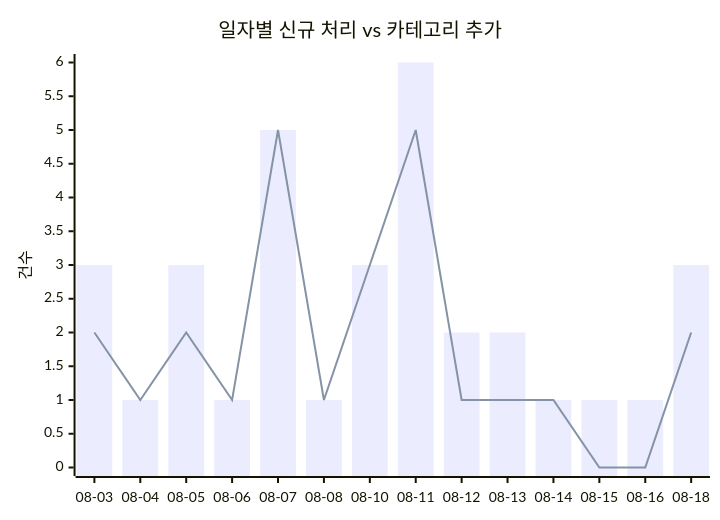
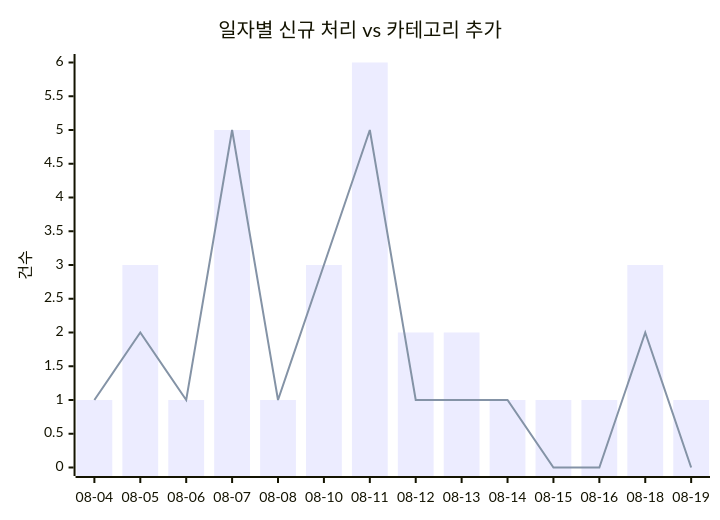
The first of 2 diagrams in docs/trends.md (J-nowcow/awesome-korean-agent-skills), drawn with Mermaid before and after one commit. The commit also changed other lines of this file and 2 other files, not shown here.

````diff
--- a/docs/trends.md
+++ b/docs/trends.md
@@ -32,8 +32,8 @@
 ```mermaid
 xychart-beta
     title "일자별 신규 처리 vs 카테고리 추가"
-    x-axis ["08-03","08-04","08-05","08-06","08-07","08-08","08-10","08-11","08-12","08-13","08-14","08-15","08-16","08-18"]
+    x-axis ["08-04","08-05","08-06","08-07","08-08","08-10","08-11","08-12","08-13","08-14","08-15","08-16","08-18","08-19"]
     y-axis "건수"
-    bar [3,1,3,1,5,1,3,6,2,2,1,1,1,3]
-    line [2,1,2,1,5,1,3,5,1,1,1,0,0,2]
+    bar [1,3,1,5,1,3,6,2,2,1,1,1,3,1]
+    line [1,2,1,5,1,3,5,1,1,1,0,0,2,0]
 ```
````
